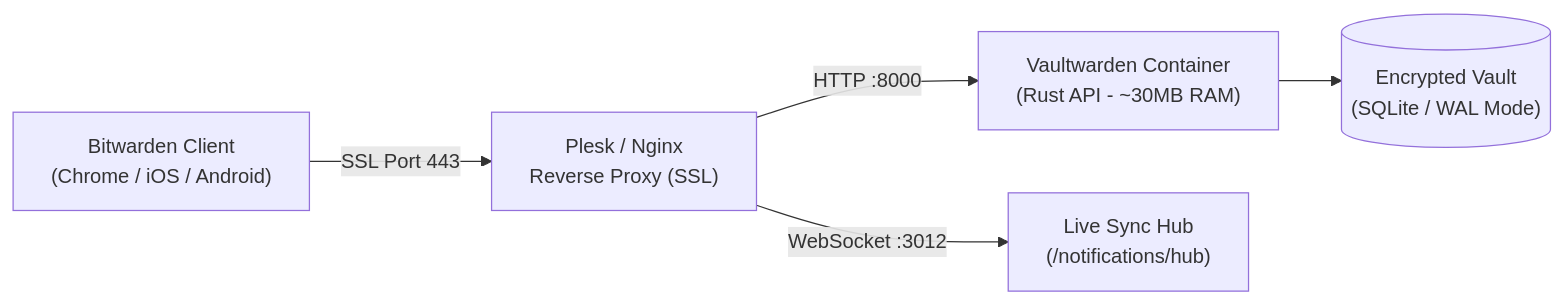
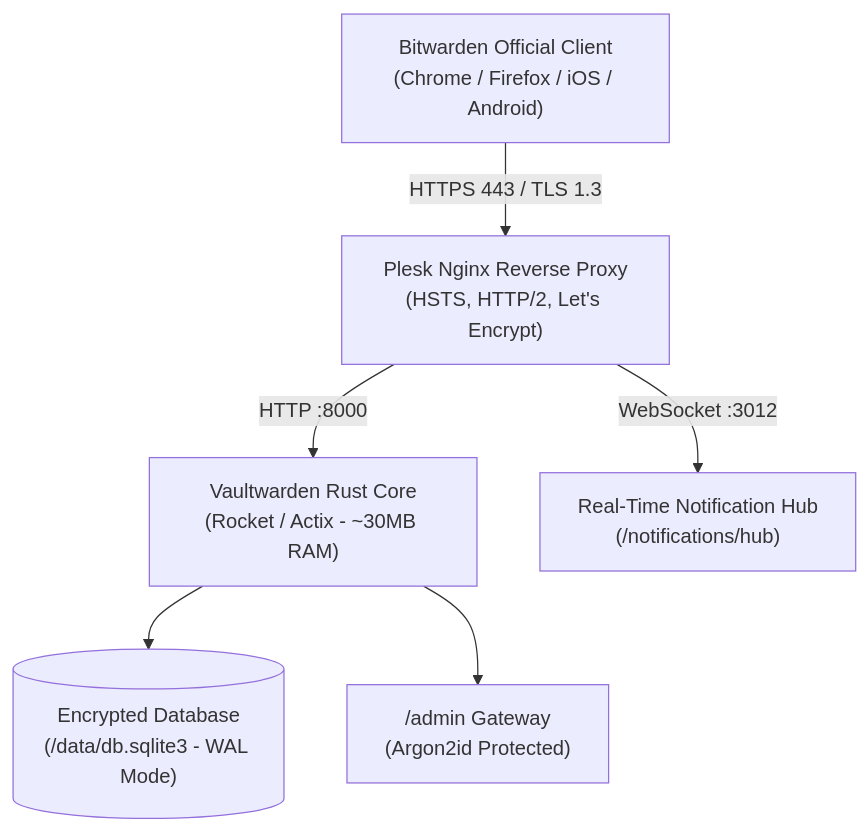
The diagram in src/content/broadcasts/en/vaultwarden-kurulumu.md (oaonuraksoy/oaonuraksoy), drawn with Mermaid before and after one commit. The commit also changed other lines of this file and 28 other files, not shown here.

Commit message:
feat(broadcasts): humanize 10 video case studies, add vault assets, webp covers and faqpage schema

````diff
--- a/src/content/broadcasts/en/vaultwarden-kurulumu.md
+++ b/src/content/broadcasts/en/vaultwarden-kurulumu.md
@@ -40,7 +56,8 @@
 ```mermaid
-flowchart LR
-    Client["Bitwarden Client<br/>(Chrome / iOS / Android)"] -->|SSL Port 443| Nginx["Plesk / Nginx<br/>Reverse Proxy (SSL)"]
-    Nginx -->|HTTP :8000| VW["Vaultwarden Container<br/>(Rust API - ~30MB RAM)"]
-    Nginx -->|WebSocket :3012| WS["Live Sync Hub<br/>(/notifications/hub)"]
-    VW --> DB[("Encrypted Vault<br/>(SQLite / WAL Mode)")]
+flowchart TD
+    Client["Bitwarden Official Client<br/>(Chrome / Firefox / iOS / Android)"] -->|HTTPS 443 / TLS 1.3| Nginx["Plesk Nginx Reverse Proxy<br/>(HSTS, HTTP/2, Let's Encrypt)"]
+    Nginx -->|HTTP :8000| Core["Vaultwarden Rust Core<br/>(Rocket / Actix - ~30MB RAM)"]
+    Nginx -->|WebSocket :3012| Push["Real-Time Notification Hub<br/>(/notifications/hub)"]
+    Core --> SQLite[("Encrypted Database<br/>(/data/db.sqlite3 - WAL Mode)")]
+    Core --> AdminPanel["/admin Gateway<br/>(Argon2id Protected)"]
 ```
````
